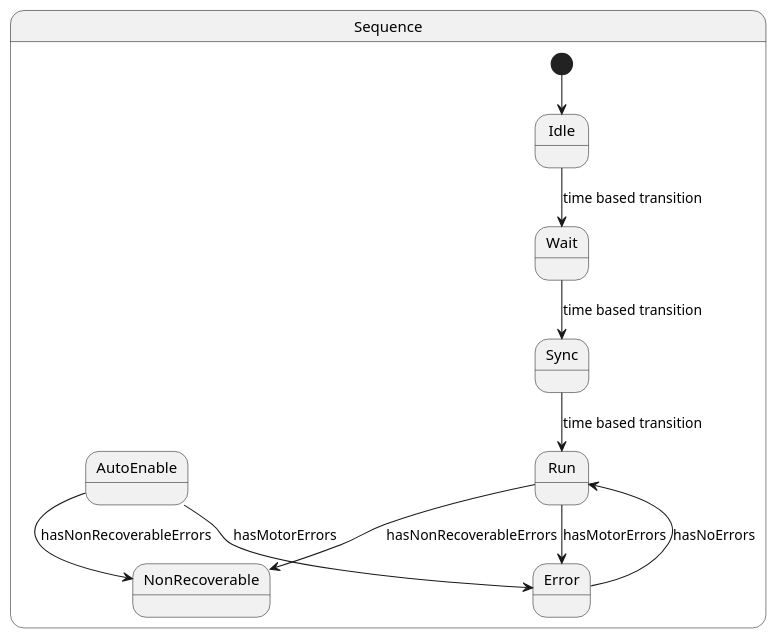
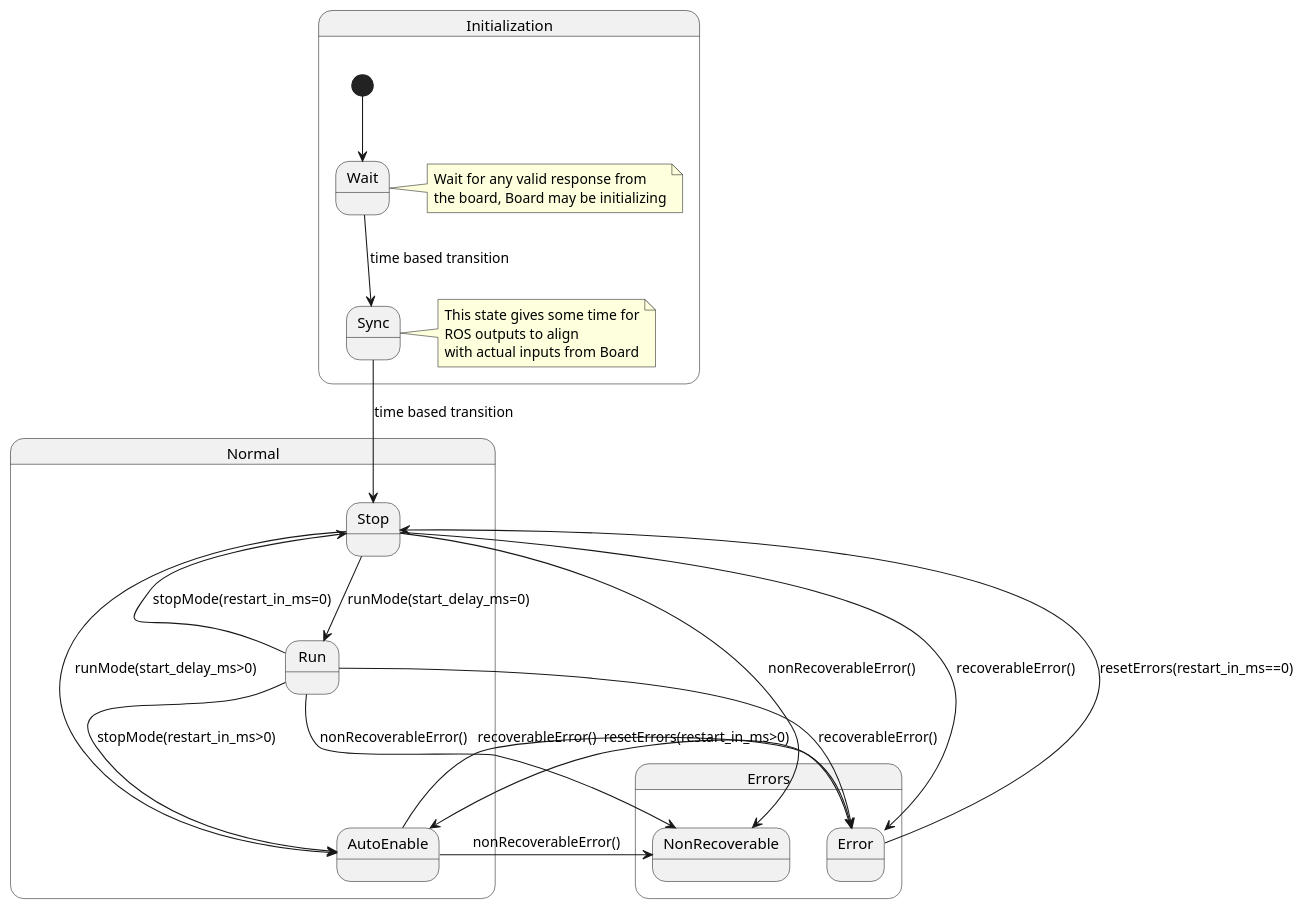
Before and after one commit to joseph-lys/pf_robot_ros: the diagram in pf_board/include/pf_board/states/state_diagram.plantuml, drawn with PlantUML. The commit also changed 43 other files, not shown here.

```diff
--- a/pf_board/include/pf_board/states/state_diagram.plantuml
+++ b/pf_board/include/pf_board/states/state_diagram.plantuml
@@ -1,21 +1,33 @@
 @startuml
-
-state Sequence {
-  [*] --> Idle
-  Idle --> Wait : time based transition
-  Wait --> Sync : time based transition
-  Sync --> Run :  time based transition
-
-
-  AutoEnable --> Error : hasMotorErrors
-  Run --> Error : hasMotorErrors
-
-  Error --> Run : hasNoErrors
-
-  AutoEnable --> NonRecoverable : hasNonRecoverableErrors
-  Run --> NonRecoverable : hasNonRecoverableErrors
-
-}
-
+  state Initialization {
+    [*] --> Wait
+    note right
+    Wait for any valid response from
+    the board, Board may be initializing
+    endnote
+    Wait --> Sync : time based transition
+    note right
+    This state gives some time for
+    ROS outputs to align
+    with actual inputs from Board
+    endnote
+  }
+  state Normal {
+    Sync --> Stop : time based transition
+    Stop --> Run :  runMode(start_delay_ms=0)
+    Stop --> AutoEnable :  runMode(start_delay_ms>0)
+    Run --> Stop : stopMode(restart_in_ms=0)
+    Run-->AutoEnable: stopMode(restart_in_ms>0)
+  }
+  state Errors {
+    Stop --> Error : recoverableError()
+    Stop --> NonRecoverable : nonRecoverableError()
+    Run --> Error : recoverableError()
+    Run --> NonRecoverable : nonRecoverableError()
+    AutoEnable --> Error : recoverableError()
+    AutoEnable --> NonRecoverable : nonRecoverableError()
+    Error --> Stop : resetErrors(restart_in_ms==0)
+    Error --> AutoEnable : resetErrors(restart_in_ms>0)
+  }
 
 @enduml
```
